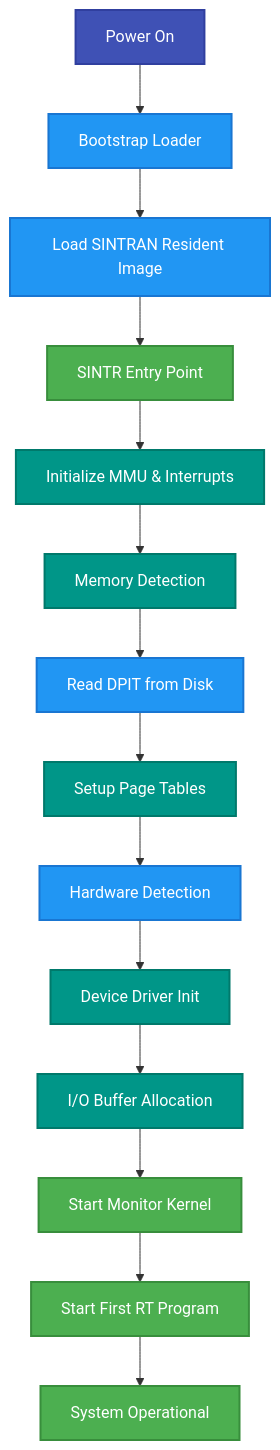
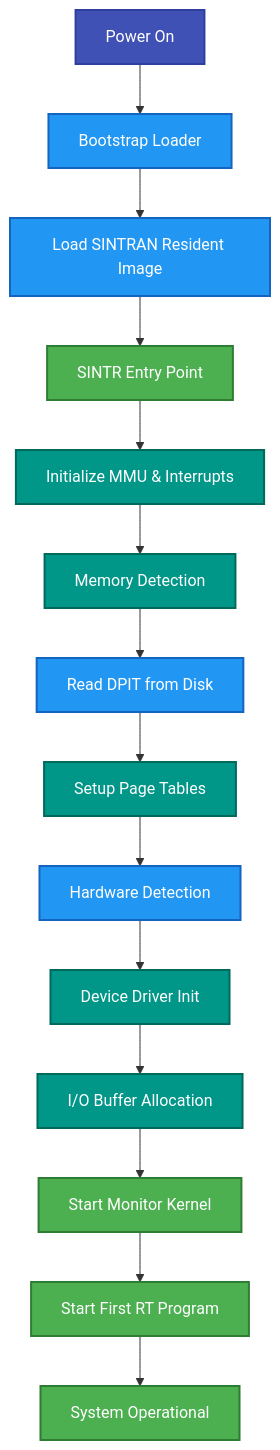
Before and after one commit to HackerCorpLabs/NDInsight: the first of 5 diagrams in SINTRAN/OS/01-BOOT-SEQUENCE.md, drawn with Mermaid. The commit also changed other lines of this file and 19 other files, not shown here.

Commit message:
Updated Mermaid diagrams

````diff
--- a/SINTRAN/OS/01-BOOT-SEQUENCE.md
+++ b/SINTRAN/OS/01-BOOT-SEQUENCE.md
@@ -36,31 +36,31 @@
 ```mermaid
 graph TD
     A[Power On] --> B[Bootstrap Loader]
     B --> C[Load SINTRAN Resident Image]
     C --> D[SINTR Entry Point]
     D --> E[Initialize MMU & Interrupts]
     E --> F[Memory Detection]
     F --> G[Read DPIT from Disk]
     G --> H[Setup Page Tables]
     H --> I[Hardware Detection]
     I --> J[Device Driver Init]
     J --> K[I/O Buffer Allocation]
     K --> L[Start Monitor Kernel]
     L --> M[Start First RT Program]
     M --> N[System Operational]
     
     style A fill:#3F51B5,stroke:#303F9F,stroke-width:2px,color:#fff
-    style B fill:#2196F3,stroke:#1976D2,stroke-width:2px,color:#fff
-    style C fill:#2196F3,stroke:#1976D2,stroke-width:2px,color:#fff
-    style D fill:#4CAF50,stroke:#388E3C,stroke-width:2px,color:#fff
-    style E fill:#009688,stroke:#00796B,stroke-width:2px,color:#fff
-    style F fill:#009688,stroke:#00796B,stroke-width:2px,color:#fff
-    style G fill:#2196F3,stroke:#1976D2,stroke-width:2px,color:#fff
-    style H fill:#009688,stroke:#00796B,stroke-width:2px,color:#fff
-    style I fill:#2196F3,stroke:#1976D2,stroke-width:2px,color:#fff
-    style J fill:#009688,stroke:#00796B,stroke-width:2px,color:#fff
-    style K fill:#009688,stroke:#00796B,stroke-width:2px,color:#fff
-    style L fill:#4CAF50,stroke:#388E3C,stroke-width:2px,color:#fff
-    style M fill:#4CAF50,stroke:#388E3C,stroke-width:2px,color:#fff
-    style N fill:#4CAF50,stroke:#388E3C,stroke-width:2px,color:#fff
+    style B fill:#2196F3,stroke:#1565C0,stroke-width:2px,color:#fff
+    style C fill:#2196F3,stroke:#1565C0,stroke-width:2px,color:#fff
+    style D fill:#4CAF50,stroke:#2E7D32,stroke-width:2px,color:#fff
+    style E fill:#009688,stroke:#00695C,stroke-width:2px,color:#fff
+    style F fill:#009688,stroke:#00695C,stroke-width:2px,color:#fff
+    style G fill:#2196F3,stroke:#1565C0,stroke-width:2px,color:#fff
+    style H fill:#009688,stroke:#00695C,stroke-width:2px,color:#fff
+    style I fill:#2196F3,stroke:#1565C0,stroke-width:2px,color:#fff
+    style J fill:#009688,stroke:#00695C,stroke-width:2px,color:#fff
+    style K fill:#009688,stroke:#00695C,stroke-width:2px,color:#fff
+    style L fill:#4CAF50,stroke:#2E7D32,stroke-width:2px,color:#fff
+    style M fill:#4CAF50,stroke:#2E7D32,stroke-width:2px,color:#fff
+    style N fill:#4CAF50,stroke:#2E7D32,stroke-width:2px,color:#fff
 ```
````
